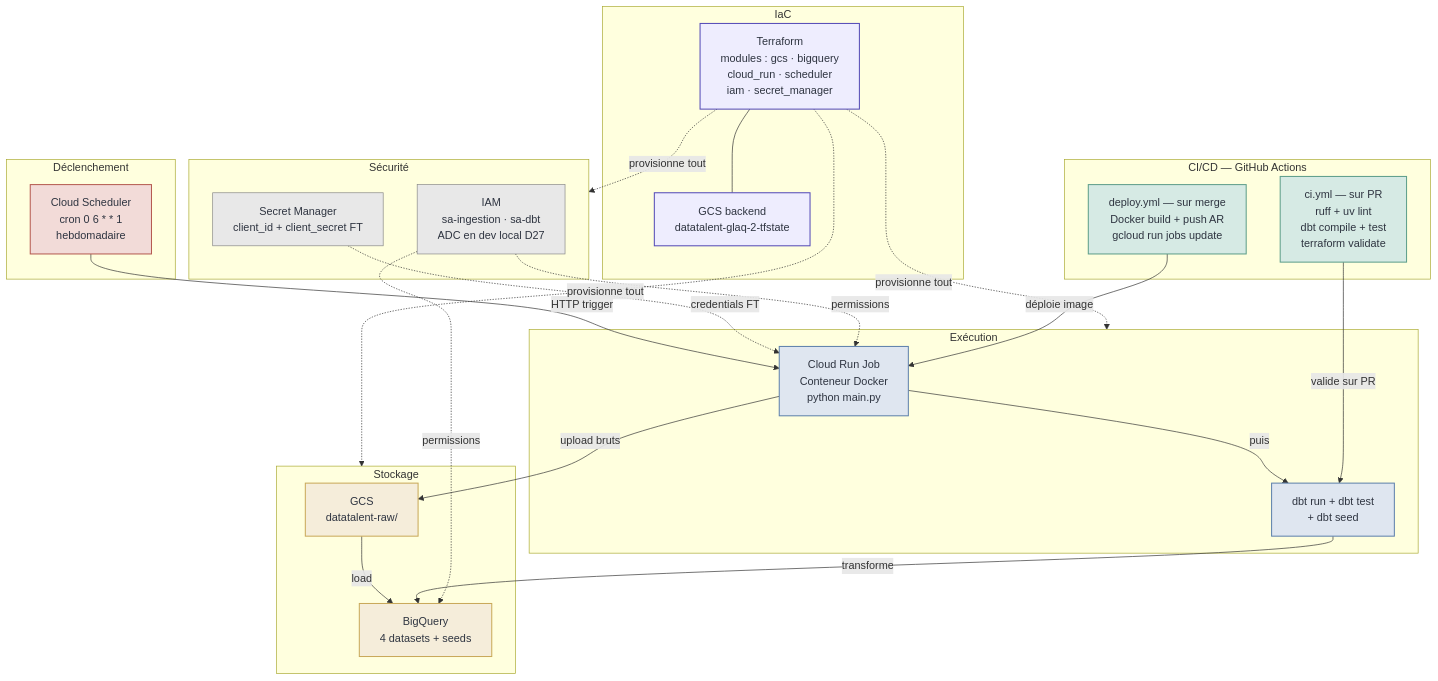
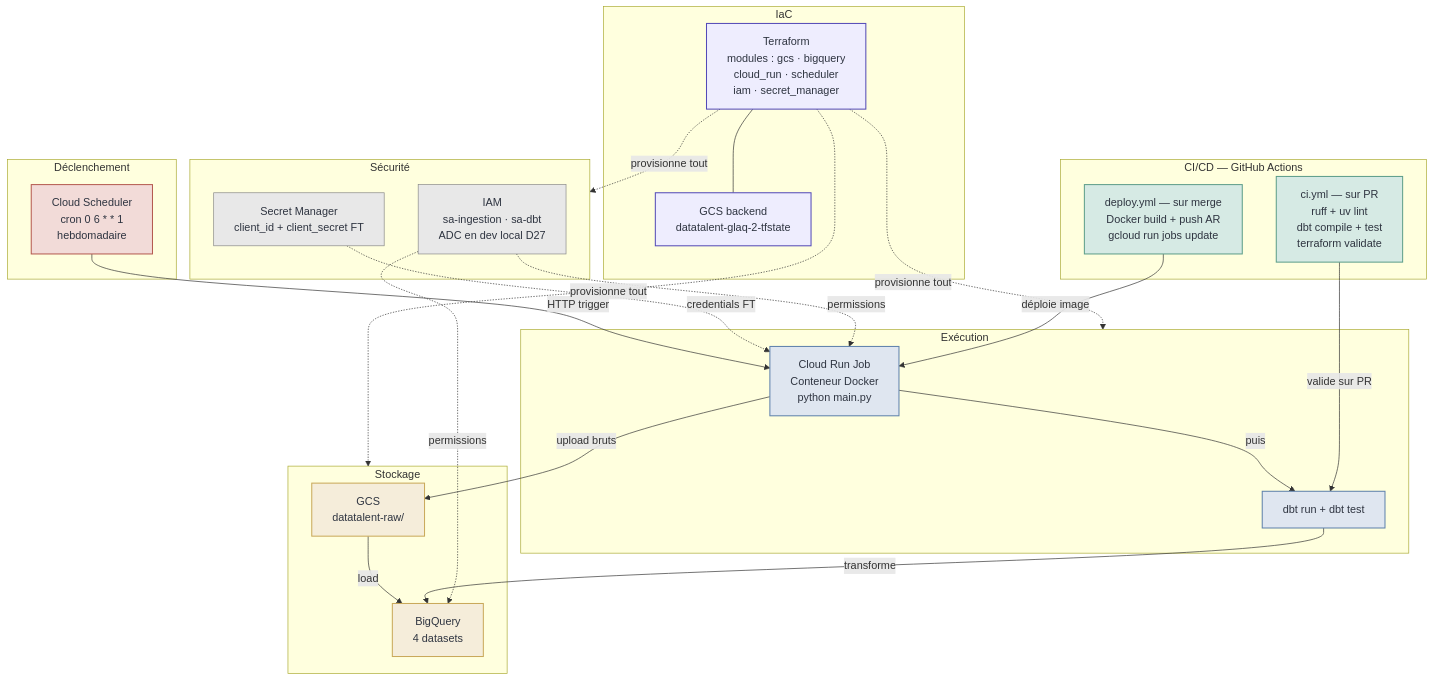
The third of 3 diagrams in architecture/architecture-datatalent-details.md (GMartin-Data/datatalent_docs), drawn with Mermaid before and after one commit. The commit also changed other lines of this file and 7 other files, not shown here.

````diff
--- a/architecture/architecture-datatalent-details.md
+++ b/architecture/architecture-datatalent-details.md
@@ -135,63 +119,63 @@
 ```mermaid
 graph TD
     subgraph trigger["Déclenchement"]
         CS["Cloud Scheduler<br/>cron 0 6 * * 1<br/>hebdomadaire"]
     end
 
     subgraph compute["Exécution"]
         CR["Cloud Run Job<br/>Conteneur Docker<br/>python main.py"]
-        DBT["dbt run + dbt test<br/>+ dbt seed"]
+        DBT["dbt run + dbt test"]
     end
 
     subgraph storage["Stockage"]
         GCS["GCS<br/>datatalent-raw/"]
-        BQ["BigQuery<br/>4 datasets + seeds"]
+        BQ["BigQuery<br/>4 datasets"]
     end
 
     subgraph security["Sécurité"]
         SM["Secret Manager<br/>client_id + client_secret FT"]
         IAM["IAM<br/>sa-ingestion · sa-dbt<br/>ADC en dev local D27"]
     end
 
     subgraph iac["IaC"]
         TF["Terraform<br/>modules : gcs · bigquery<br/>cloud_run · scheduler<br/>iam · secret_manager"]
         STATE["GCS backend<br/>datatalent-glaq-2-tfstate"]
     end
 
     subgraph cicd["CI/CD — GitHub Actions"]
         CI["ci.yml — sur PR<br/>ruff + uv lint<br/>dbt compile + test<br/>terraform validate"]
         CD["deploy.yml — sur merge<br/>Docker build + push AR<br/>gcloud run jobs update"]
     end
 
     CS -->|"HTTP trigger"| CR
     CR -->|"upload bruts"| GCS
     GCS -->|"load"| BQ
     CR -->|"puis"| DBT
     DBT -->|"transforme"| BQ
 
     SM -.->|"credentials FT"| CR
     IAM -.->|"permissions"| CR
     IAM -.->|"permissions"| BQ
 
     TF -.->|"provisionne tout"| storage
     TF -.->|"provisionne tout"| compute
     TF -.->|"provisionne tout"| security
     TF --- STATE
 
     CD -->|"déploie image"| CR
     CI -->|"valide sur PR"| DBT
 
     classDef trigger fill:#f2dbd8,stroke:#b55a50,stroke-width:1.5px,color:#2e3440
     classDef compute fill:#dfe6f0,stroke:#5e81ac,stroke-width:1.5px,color:#2e3440
     classDef storage fill:#f5edda,stroke:#c9a95a,stroke-width:1.5px,color:#2e3440
     classDef security fill:#e8e8e8,stroke:#888888,stroke-width:1px,color:#2e3440
     classDef iac fill:#eeedfe,stroke:#534ab7,stroke-width:1.5px,color:#2e3440
     classDef cicd fill:#d6eae4,stroke:#5d9e8a,stroke-width:1.5px,color:#2e3440
 
     class CS trigger
     class CR,DBT compute
     class GCS,BQ storage
     class SM,IAM security
     class TF,STATE iac
     class CI,CD cicd
 ```
````
